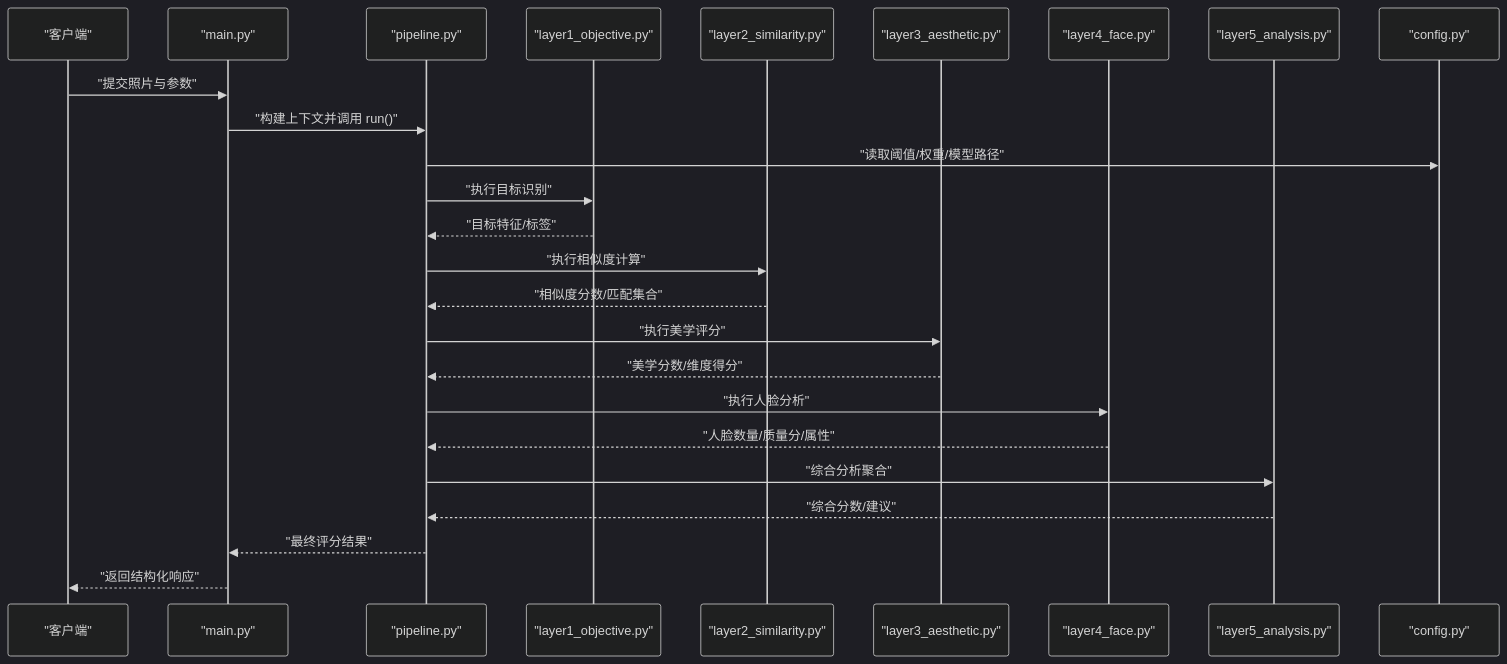
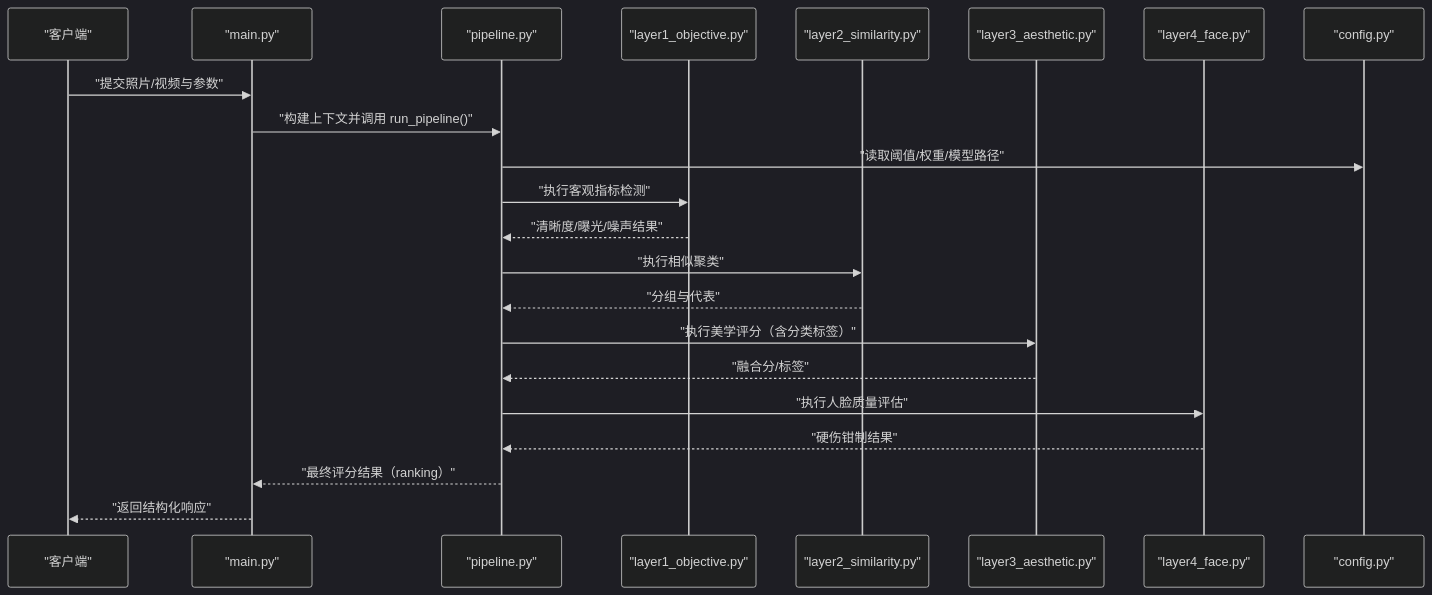
Before and after one commit to Frankynwa/photo-rank: the second of 5 diagrams in wiki/核心系统架构/核心系统架构.md, drawn with Mermaid (dark theme). The commit also changed other lines of this file and 7 other files, not shown here.

````diff
--- a/wiki/核心系统架构/核心系统架构.md
+++ b/wiki/核心系统架构/核心系统架构.md
@@ -88,27 +87,24 @@
 ```mermaid
 sequenceDiagram
 participant Client as "客户端"
 participant Main as "main.py"
 participant Pipe as "pipeline.py"
 participant L1 as "layer1_objective.py"
 participant L2 as "layer2_similarity.py"
 participant L3 as "layer3_aesthetic.py"
 participant L4 as "layer4_face.py"
-participant L5 as "layer5_analysis.py"
 participant Cfg as "config.py"
-Client->>Main : "提交照片与参数"
-Main->>Pipe : "构建上下文并调用 run()"
+Client->>Main : "提交照片/视频与参数"
+Main->>Pipe : "构建上下文并调用 run_pipeline()"
 Pipe->>Cfg : "读取阈值/权重/模型路径"
-Pipe->>L1 : "执行目标识别"
-L1-->>Pipe : "目标特征/标签"
-Pipe->>L2 : "执行相似度计算"
-L2-->>Pipe : "相似度分数/匹配集合"
-Pipe->>L3 : "执行美学评分"
-L3-->>Pipe : "美学分数/维度得分"
-Pipe->>L4 : "执行人脸分析"
-L4-->>Pipe : "人脸数量/质量分/属性"
-Pipe->>L5 : "综合分析聚合"
-L5-->>Pipe : "综合分数/建议"
-Pipe-->>Main : "最终评分结果"
+Pipe->>L1 : "执行客观指标检测"
+L1-->>Pipe : "清晰度/曝光/噪声结果"
+Pipe->>L2 : "执行相似聚类"
+L2-->>Pipe : "分组与代表"
+Pipe->>L3 : "执行美学评分（含分类标签）"
+L3-->>Pipe : "融合分/标签"
+Pipe->>L4 : "执行人脸质量评估"
+L4-->>Pipe : "硬伤钳制结果"
+Pipe-->>Main : "最终评分结果（ranking）"
 Main-->>Client : "返回结构化响应"
 ```
````
